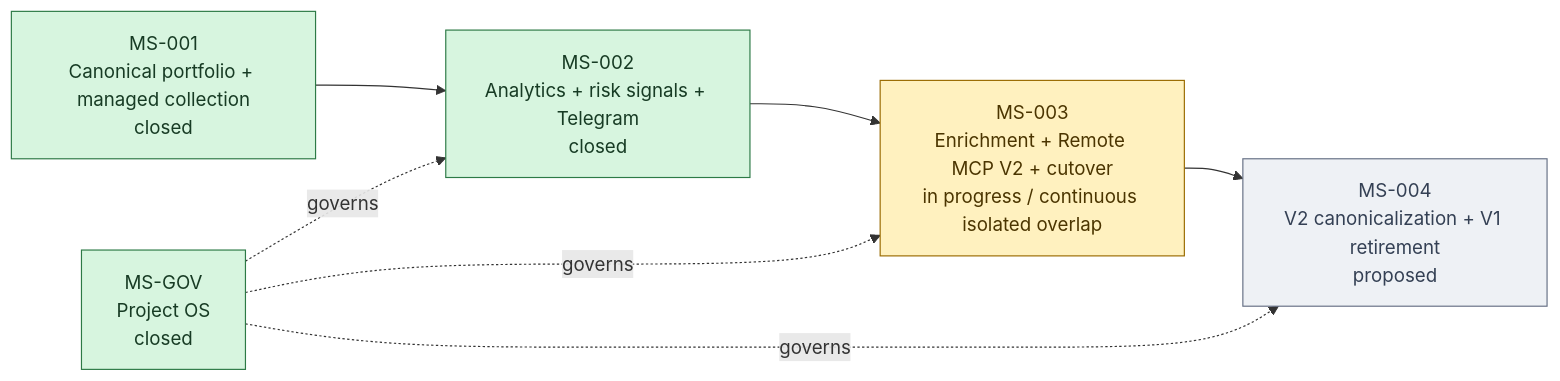
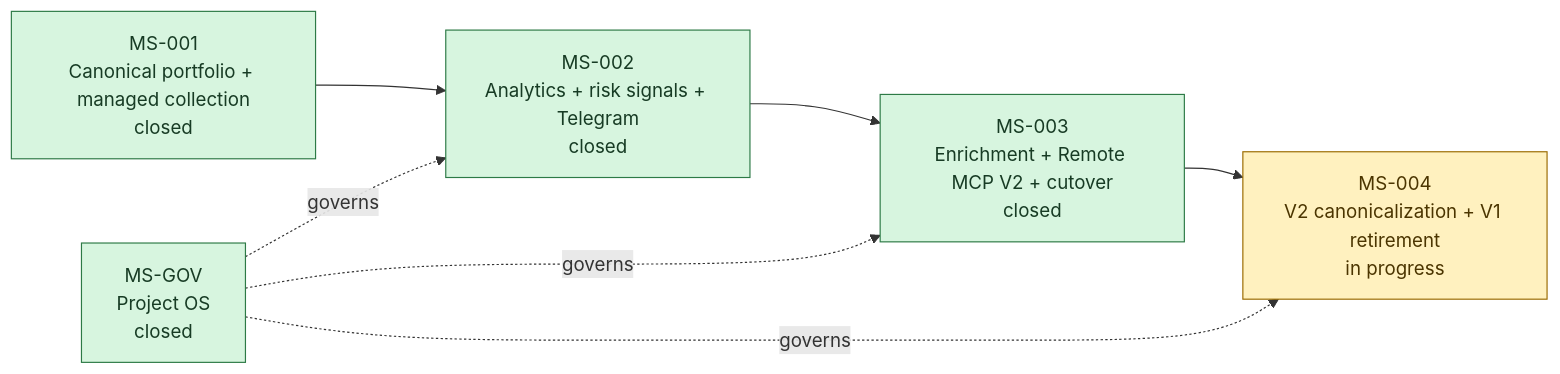
One commit to meringue5/KIS_Portfolio_MCP changed the first of 3 diagrams in docs/milestones/README.md. Above: the diagram before and after it, drawn with Mermaid. The commit also changed other lines of this file and 11 other files, not shown here.

````diff
--- a/docs/milestones/README.md
+++ b/docs/milestones/README.md
@@ -22,21 +22,20 @@
 ```mermaid
 flowchart LR
     MSGOV["MS-GOV<br/>Project OS<br/>closed"]
     MS1["MS-001<br/>Canonical portfolio + managed collection<br/>closed"]
     MS2["MS-002<br/>Analytics + risk signals + Telegram<br/>closed"]
-    MS3["MS-003<br/>Enrichment + Remote MCP V2 + cutover<br/>in progress / continuous isolated overlap"]
-    MS4["MS-004<br/>V2 canonicalization + V1 retirement<br/>proposed"]
+    MS3["MS-003<br/>Enrichment + Remote MCP V2 + cutover<br/>closed"]
+    MS4["MS-004<br/>V2 canonicalization + V1 retirement<br/>in progress"]
 
     MS1 --> MS2 --> MS3 --> MS4
     MSGOV -. governs .-> MS2
     MSGOV -. governs .-> MS3
     MSGOV -. governs .-> MS4
 
     classDef closed fill:#d7f5df,stroke:#2d7a46,color:#173b24;
     classDef verified fill:#e5f4ff,stroke:#0870a8,color:#123b72;
     classDef active fill:#fff1bf,stroke:#9a6b00,color:#4b3500;
     classDef proposed fill:#eef1f5,stroke:#667085,color:#344054;
-    class MS1,MS2,MSGOV closed;
-    class MS3 active;
-    class MS4 proposed;
+    class MS1,MS2,MS3,MSGOV closed;
+    class MS4 active;
 ```
````
